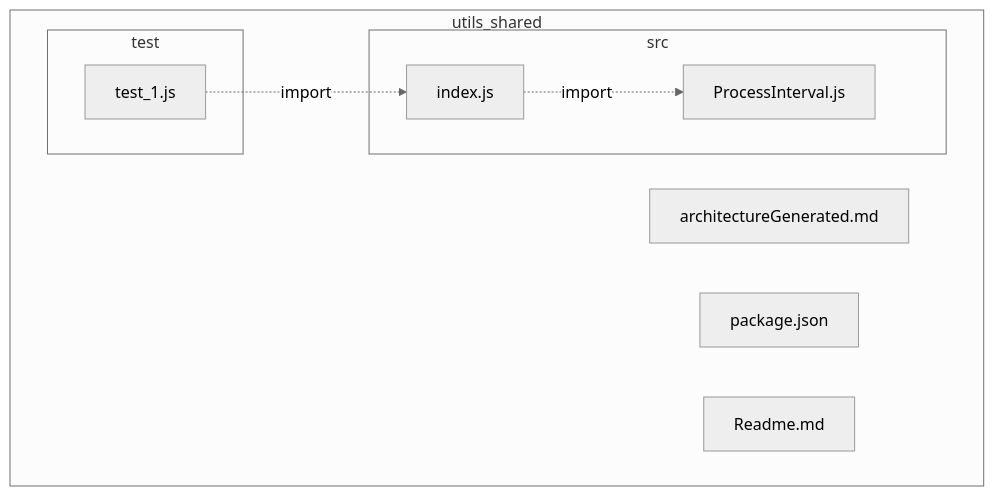
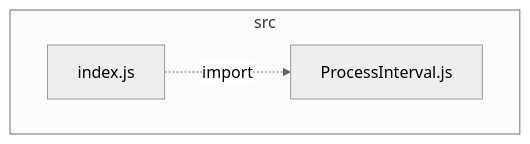
One commit to VCityTeam/UD-Viz changed the diagram in packages/utils_shared/architectureGenerated.md. Above: the diagram before and after it, drawn with Mermaid (neutral theme). The commit also changed 25 other files, not shown here.

Commit message:
update(doc):generate diagrams from *package*/src/

````diff
--- a/packages/utils_shared/architectureGenerated.md
+++ b/packages/utils_shared/architectureGenerated.md
@@ -1,17 +1,8 @@
 ```mermaid
 flowchart
- subgraph IDutils5fshared["utils_shared"]
-  IDutils5fsharedArchitectureGenerated2emd["architectureGenerated.md"]
-  IDutils5fsharedPackage2ejson["package.json"]
-  IDutils5fsharedReadme2emd["Readme.md"]
-  subgraph IDutils5fsharedSrc["src"]
-   IDutils5fsharedSrcIndex2ejs["index.js"]
-   IDutils5fsharedSrcProcessInterval2ejs["ProcessInterval.js"]
-  end
-  subgraph IDutils5fsharedTest["test"]
-   IDutils5fsharedTestTest5f12ejs["test_1.js"]
-  end
+ subgraph IDsrc["src"]
+  IDsrcIndex2ejs["index.js"]
+  IDsrcProcessInterval2ejs["ProcessInterval.js"]
  end
-IDutils5fsharedSrcIndex2ejs-.->|import|IDutils5fsharedSrcProcessInterval2ejs
-IDutils5fsharedTestTest5f12ejs-.->|import|IDutils5fsharedSrcIndex2ejs
+IDsrcIndex2ejs-.->|import|IDsrcProcessInterval2ejs
 ```
````
